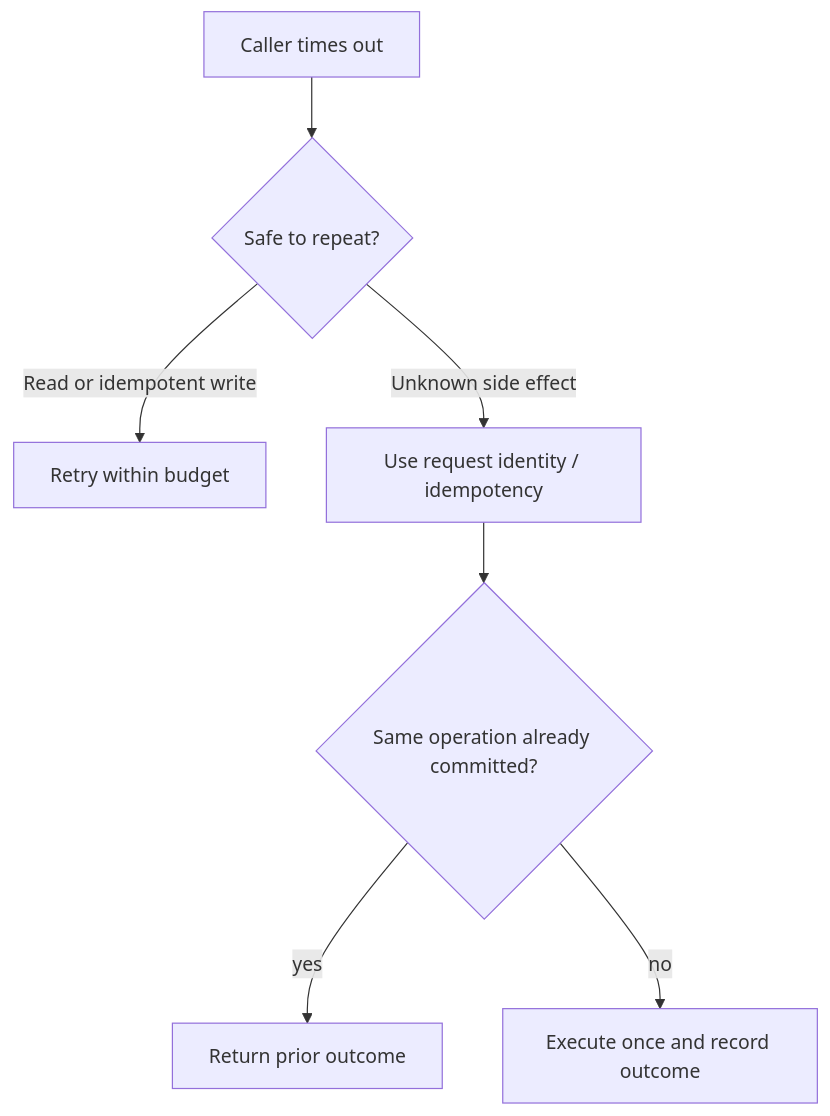
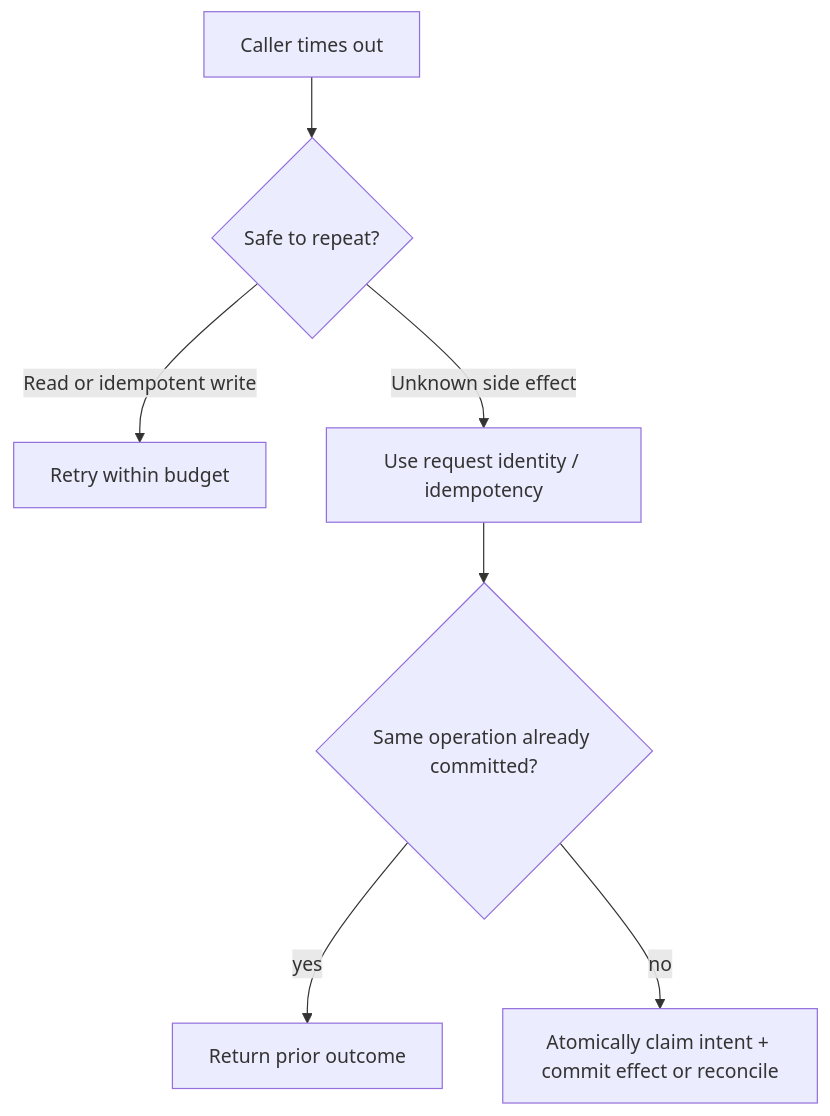
The third of 4 diagrams in content/docs/distributed-systems/partial-failure.mdx (thucne/software-development-atlas), drawn with Mermaid before and after one commit. The commit also changed other lines of this file, not shown here.

````diff
--- a/content/docs/distributed-systems/partial-failure.mdx
+++ b/content/docs/distributed-systems/partial-failure.mdx
@@ -107,9 +107,9 @@
 ```mermaid
 flowchart TD
   T[Caller times out] --> Q{Safe to repeat?}
   Q -->|Read or idempotent write| R[Retry within budget]
   Q -->|Unknown side effect| I[Use request identity / idempotency]
   I --> K{Same operation already committed?}
   K -->|yes| O[Return prior outcome]
-  K -->|no| X[Execute once and record outcome]
+  K -->|no| X[Atomically claim intent + commit effect or reconcile]
 ```
````
